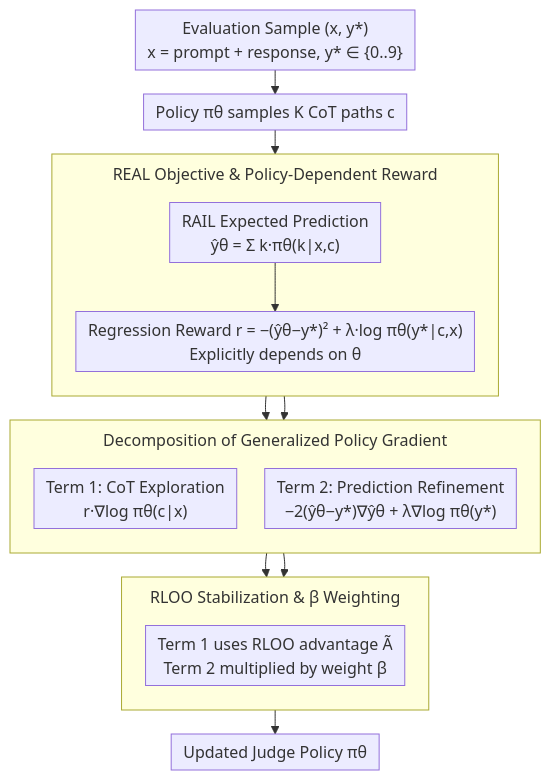
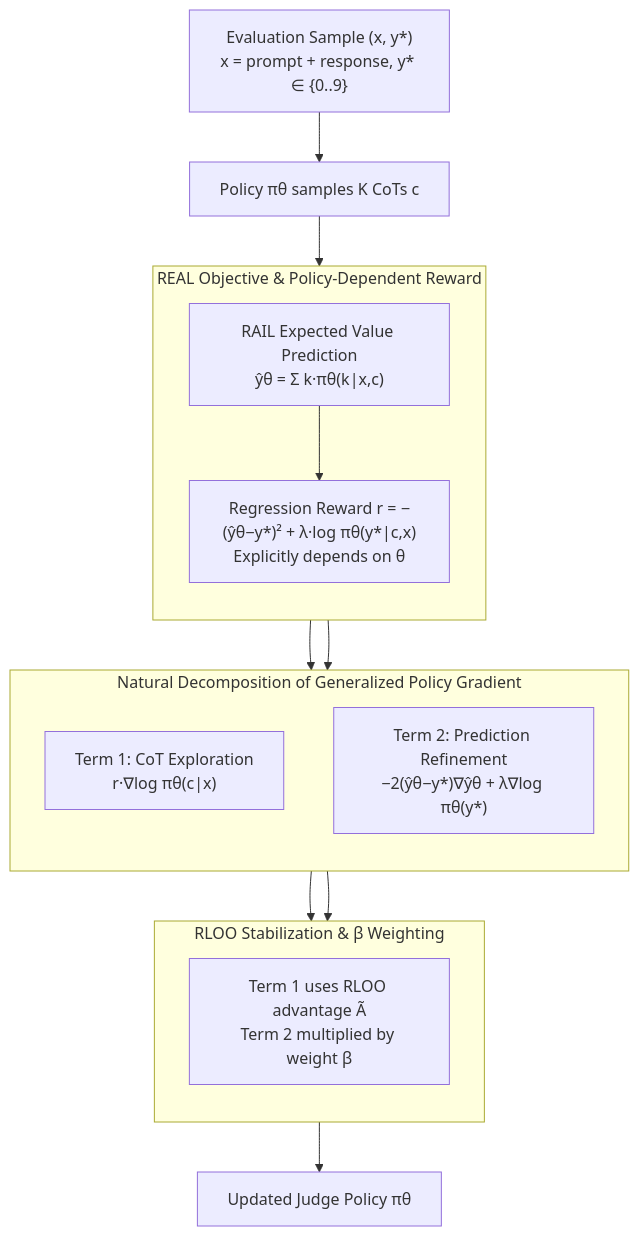
One commit to zhaoyang97/Paper-Notes-en changed the diagram in docs/ICML2026/llm_evaluation/real_regression-aware_reinforcement_learning_for_llm-as-a-judge.md. Above: the diagram before and after it, drawn with Mermaid. The commit also changed other lines of this file and 5084 other files, not shown here.

````diff
--- a/docs/ICML2026/llm_evaluation/real_regression-aware_reinforcement_learning_for_llm-as-a-judge.md
+++ b/docs/ICML2026/llm_evaluation/real_regression-aware_reinforcement_learning_for_llm-as-a-judge.md
@@ -42,24 +42,23 @@
 ```mermaid
-%%{init: {'flowchart': {'rankSpacing': 24, 'nodeSpacing': 28, 'padding': 6, 'wrappingWidth': 400, 'subGraphTitleMargin': {'top': 8, 'bottom': 16}}}}%%
-flowchart TD
-    A["Evaluation Sample (x, y*)<br/>x = prompt + response, y* ∈ {0..9}"] --> B["Policy πθ samples K CoT paths c"]
+graph TD
+    A["Evaluation Sample (x, y*)<br/>x = prompt + response, y* ∈ {0..9}"] --> B["Policy πθ samples K CoTs c"]
     subgraph D1["REAL Objective & Policy-Dependent Reward"]
         direction TB
-        C["RAIL Expected Prediction<br/>ŷθ = Σ k·πθ(k|x,c)"] --> R["Regression Reward r = −(ŷθ−y*)² + λ·log πθ(y*|c,x)<br/>Explicitly depends on θ"]
+        C["RAIL Expected Value Prediction<br/>ŷθ = Σ k·πθ(k|x,c)"] --> R["Regression Reward r = −(ŷθ−y*)² + λ·log πθ(y*|c,x)<br/>Explicitly depends on θ"]
     end
     B --> C
-    subgraph D2["Decomposition of Generalized Policy Gradient"]
+    subgraph D2["Natural Decomposition of Generalized Policy Gradient"]
         direction TB
         T1["Term 1: CoT Exploration<br/>r·∇log πθ(c|x)"]
         T2["Term 2: Prediction Refinement<br/>−2(ŷθ−y*)∇ŷθ + λ∇log πθ(y*)"]
     end
     R --> T1
     R --> T2
     subgraph D3["RLOO Stabilization & β Weighting"]
         direction TB
         E["Term 1 uses RLOO advantage Ã<br/>Term 2 multiplied by weight β"]
     end
     T1 --> E
     T2 --> E
     E --> F["Updated Judge Policy πθ"]
 ```
````
